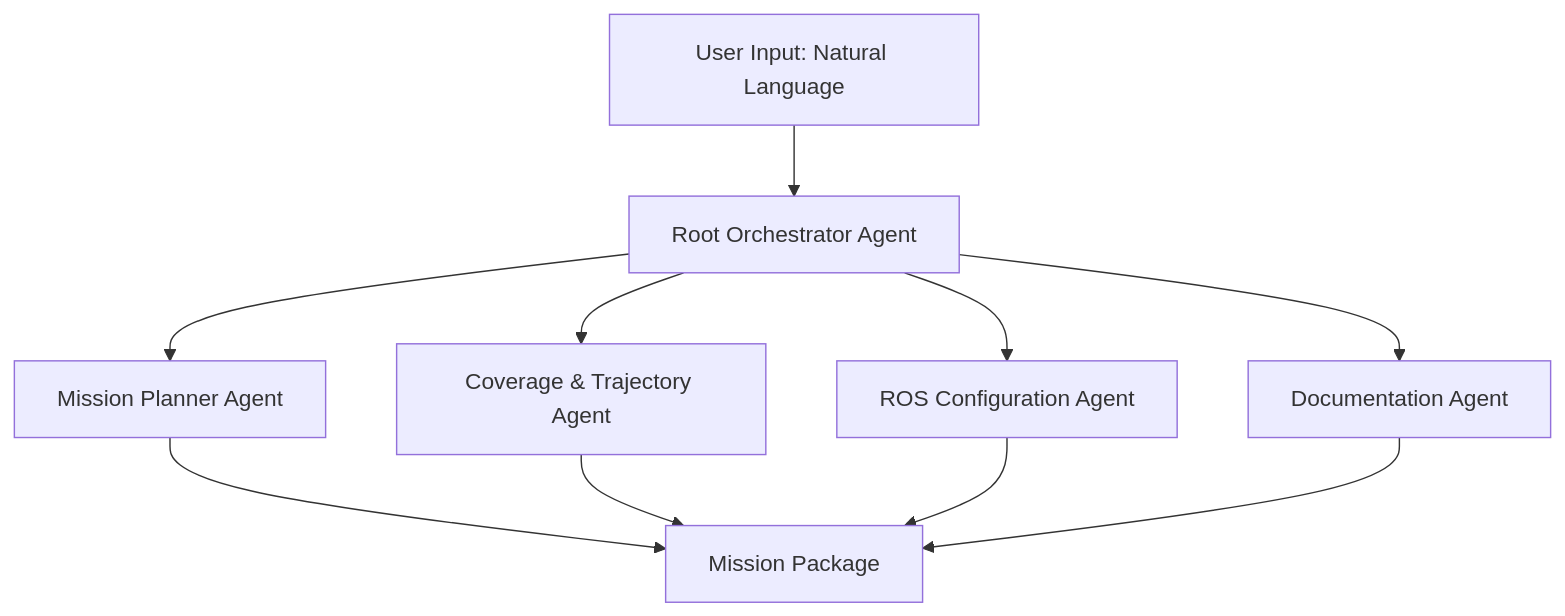
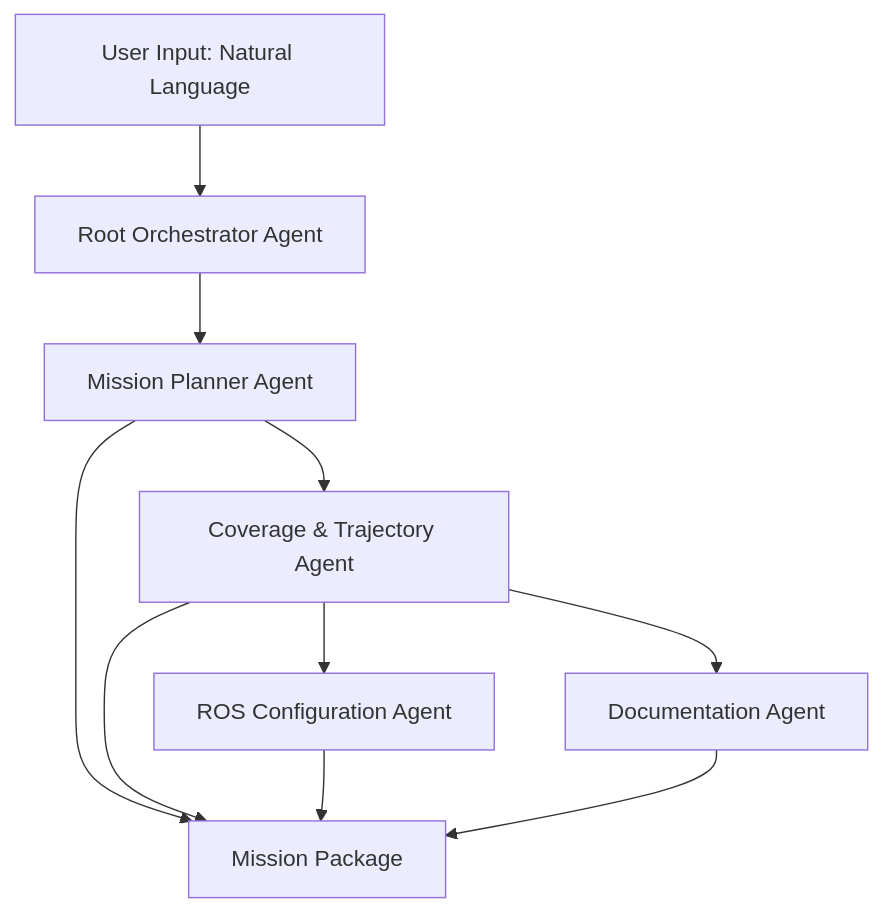
The diagram in README.md (adityasolanki24/Icarus-Copilot), drawn with Mermaid before and after one commit.

Commit message:
Refactor agent relationships in README diagram
Updated the flow of agents in the diagram to reflect new relationships.

````diff
--- a/README.md
+++ b/README.md
@@ -43,12 +43,12 @@
 ```mermaid
 graph TD
     A[User Input: Natural Language] --> B[Root Orchestrator Agent]
     B --> C[Mission Planner Agent]
-    B --> D[Coverage & Trajectory Agent]
-    B --> E[ROS Configuration Agent]
-    B --> F[Documentation Agent]
+    C --> D[Coverage & Trajectory Agent]
+    D --> E[ROS Configuration Agent]
+    D --> F[Documentation Agent]
     C --> G[Mission Package]
     D --> G
     E --> G
     F --> G
 ```
````
